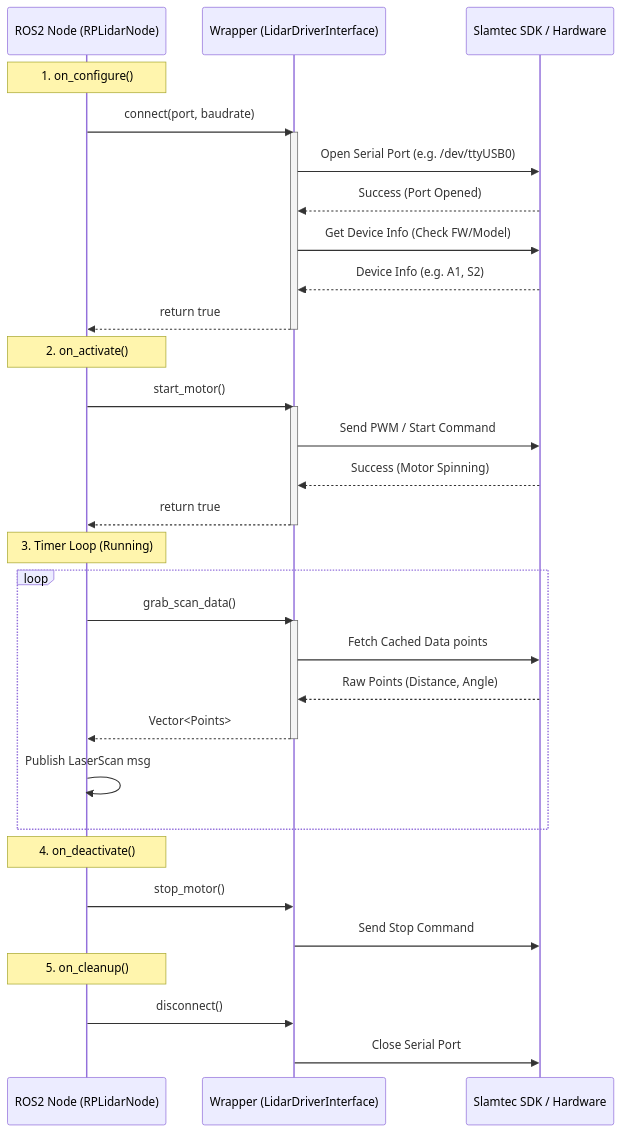
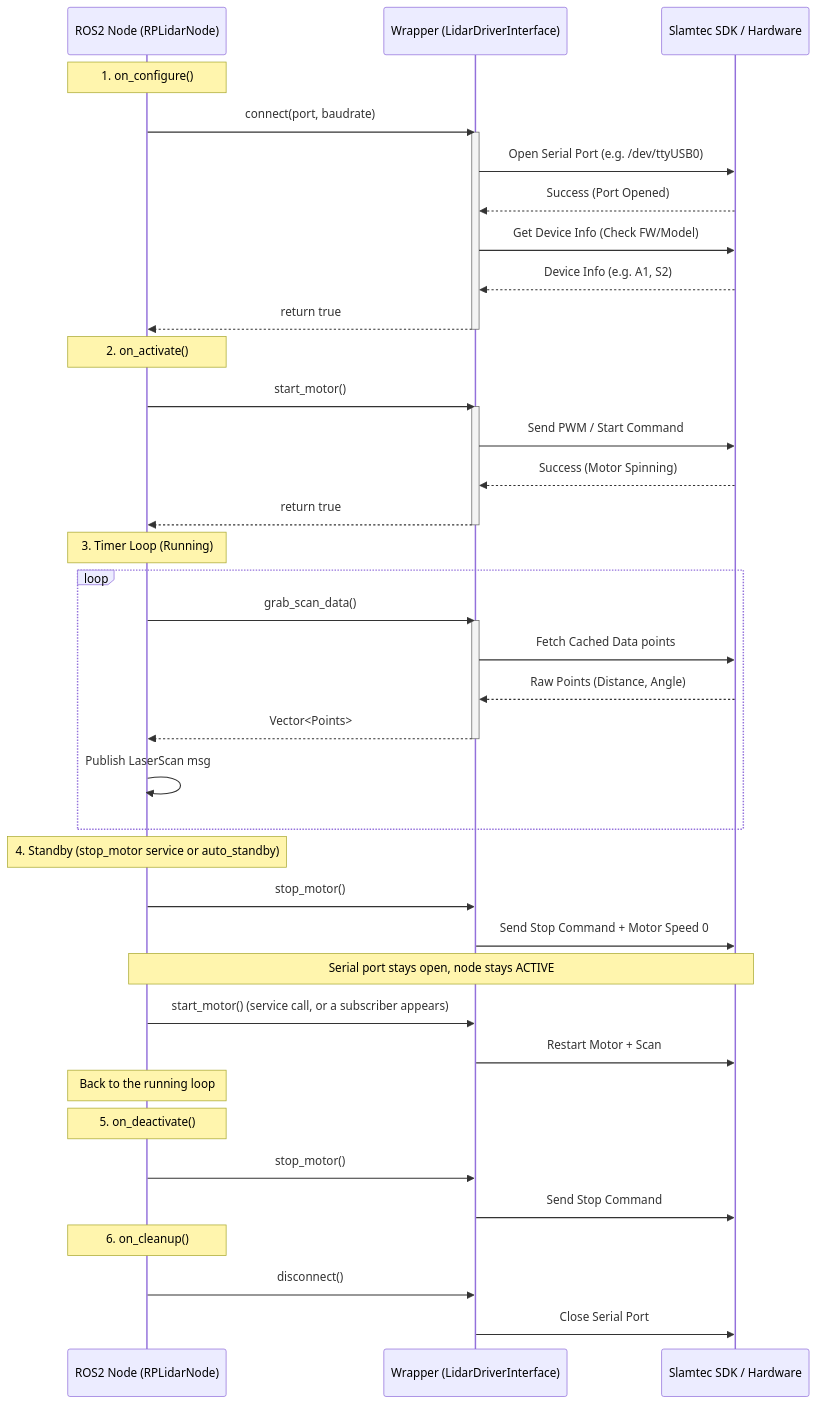
One commit to ros2-gbp/rplidar_driver-release changed the diagram in doc/rplidar_driver_sequence.md. Above: the diagram before and after it, drawn with Mermaid. The commit also changed 11 other files, not shown here.

````diff
--- a/doc/rplidar_driver_sequence.md
+++ b/doc/rplidar_driver_sequence.md
@@ -2,43 +2,51 @@
 ```mermaid
 sequenceDiagram
     participant Node as ROS2 Node (RPLidarNode)
     participant Driver as Wrapper (LidarDriverInterface)
     participant SDK as Slamtec SDK / Hardware
 
     Note over Node: 1. on_configure()
     Node->>Driver: connect(port, baudrate)
     activate Driver
     Driver->>SDK: Open Serial Port (e.g. /dev/ttyUSB0)
     SDK-->>Driver: Success (Port Opened)
     Driver->>SDK: Get Device Info (Check FW/Model)
     SDK-->>Driver: Device Info (e.g. A1, S2)
     Driver-->>Node: return true
     deactivate Driver
 
     Note over Node: 2. on_activate()
     Node->>Driver: start_motor()
     activate Driver
     Driver->>SDK: Send PWM / Start Command
     SDK-->>Driver: Success (Motor Spinning)
     Driver-->>Node: return true
     deactivate Driver
 
     Note over Node: 3. Timer Loop (Running)
     loop
         Node->>Driver: grab_scan_data()
         activate Driver
         Driver->>SDK: Fetch Cached Data points
         SDK-->>Driver: Raw Points (Distance, Angle)
         Driver-->>Node: Vector<Points>
         deactivate Driver
         Node->>Node: Publish LaserScan msg
     end
 
-    Note over Node: 4. on_deactivate()
+    Note over Node: 4. Standby (stop_motor service or auto_standby)
+    Node->>Driver: stop_motor()
+    Driver->>SDK: Send Stop Command + Motor Speed 0
+    Note over Node,SDK: Serial port stays open, node stays ACTIVE
+    Node->>Driver: start_motor() (service call, or a subscriber appears)
+    Driver->>SDK: Restart Motor + Scan
+    Note over Node: Back to the running loop
+
+    Note over Node: 5. on_deactivate()
     Node->>Driver: stop_motor()
     Driver->>SDK: Send Stop Command
 
-    Note over Node: 5. on_cleanup()
+    Note over Node: 6. on_cleanup()
     Node->>Driver: disconnect()
     Driver->>SDK: Close Serial Port
 ```
````
